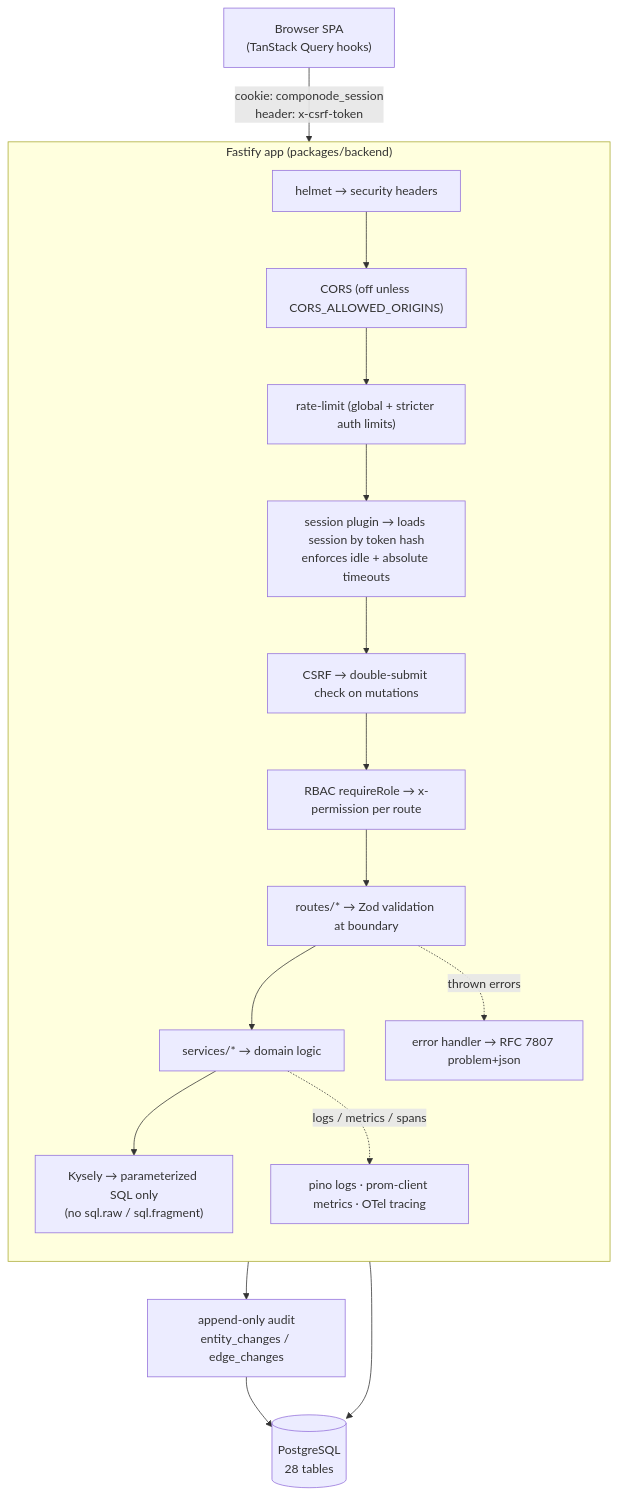
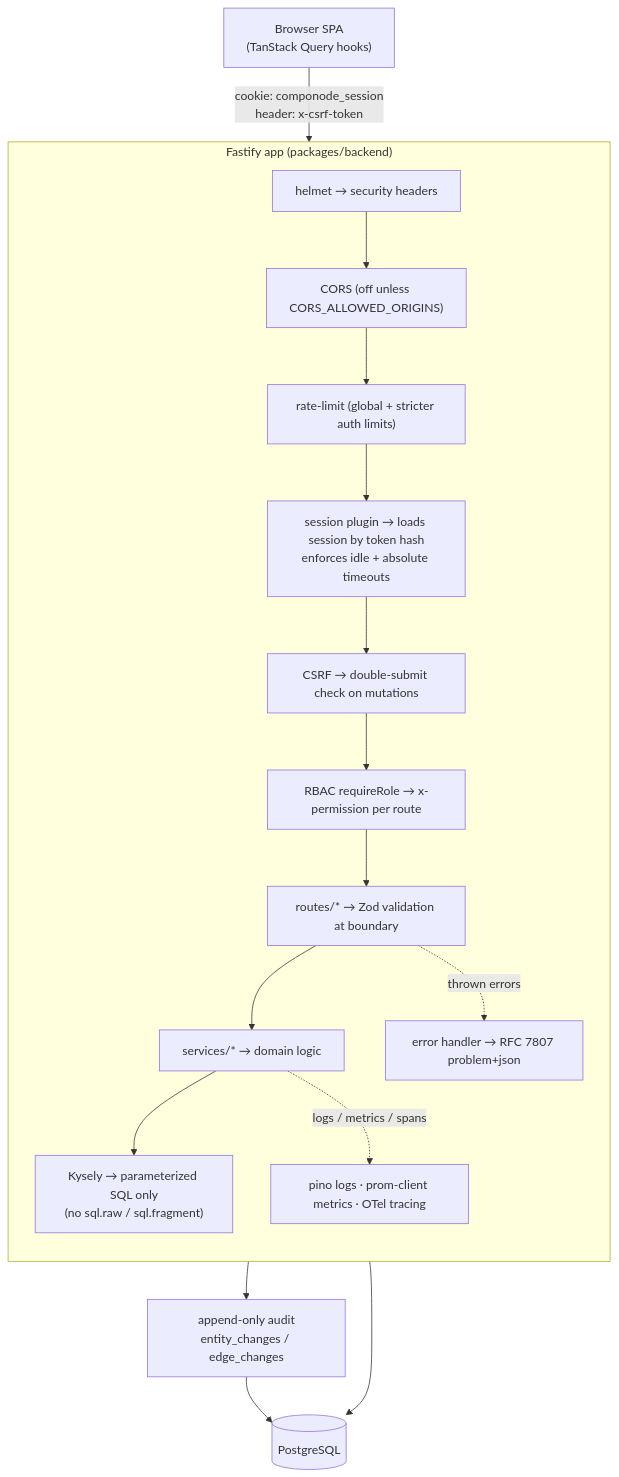
Before and after one commit to Componode/componode: the second of 8 diagrams in docs/architecture.md, drawn with Mermaid. The commit also changed other lines of this file and 7 other files, not shown here.

First line of the commit message:
docs: schema generator + oracle check for remaining enumerable surfaces

````diff
--- a/docs/architecture.md
+++ b/docs/architecture.md
@@ -98,28 +100,28 @@
 ```mermaid
 flowchart TD
     B["Browser SPA<br/>(TanStack Query hooks)"]
     B -->|"cookie: componode_session<br/>header: x-csrf-token"| F
 
     subgraph F["Fastify app (packages/backend)"]
         direction TB
         P1["helmet → security headers"]
         P2["CORS (off unless CORS_ALLOWED_ORIGINS)"]
         P3["rate-limit (global + stricter auth limits)"]
         P4["session plugin → loads session by token hash<br/>enforces idle + absolute timeouts"]
         P5["CSRF → double-submit check on mutations"]
         P6["RBAC requireRole → x-permission per route"]
         R["routes/* → Zod validation at boundary"]
         S["services/* → domain logic"]
         K["Kysely → parameterized SQL only<br/>(no sql.raw / sql.fragment)"]
         EH["error handler → RFC 7807 problem+json"]
         OBS["pino logs · prom-client metrics · OTel tracing"]
 
         P1 --> P2 --> P3 --> P4 --> P5 --> P6 --> R --> S --> K
         R -.->|"thrown errors"| EH
         S -.->|"logs / metrics / spans"| OBS
     end
 
-    K --> PG[("PostgreSQL<br/>28 tables")]
+    K --> PG[("PostgreSQL")]
     S --> AUD["append-only audit<br/>entity_changes / edge_changes"]
     AUD --> PG
 ```
````
